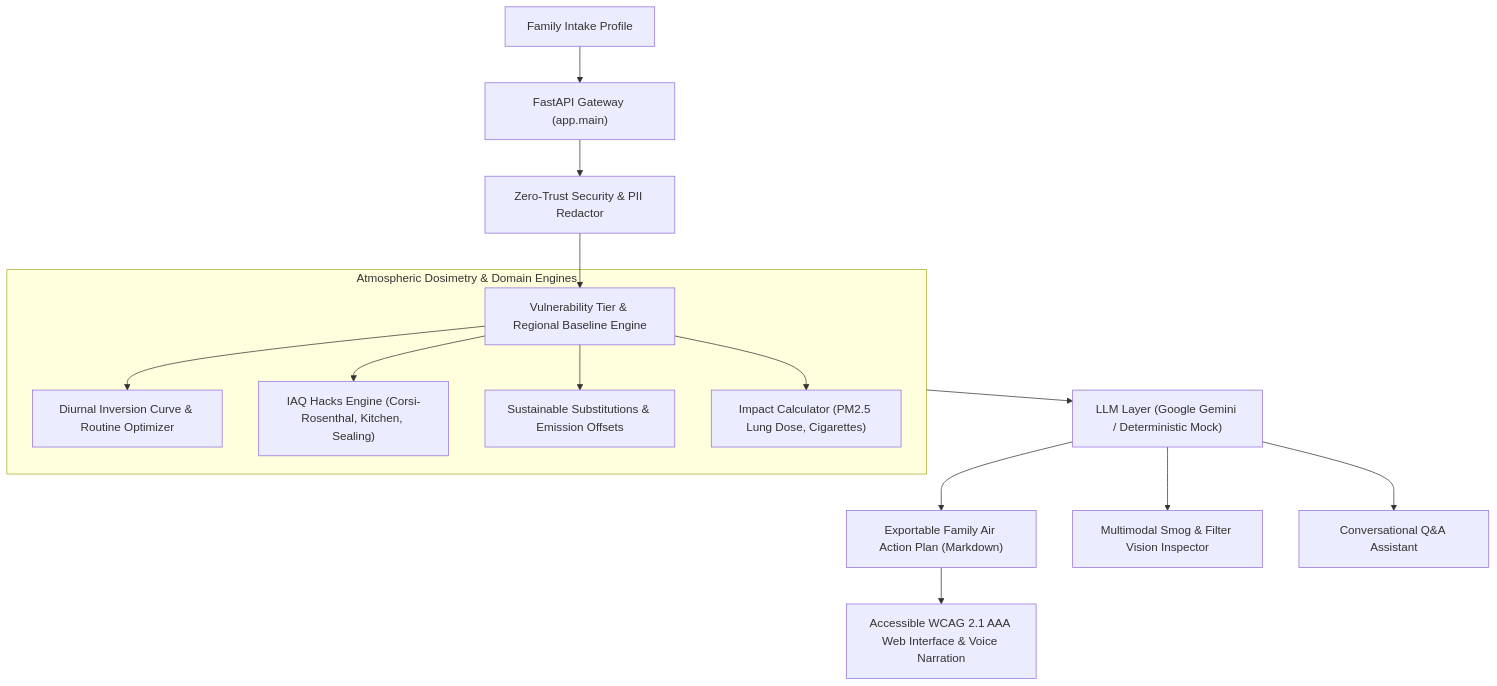
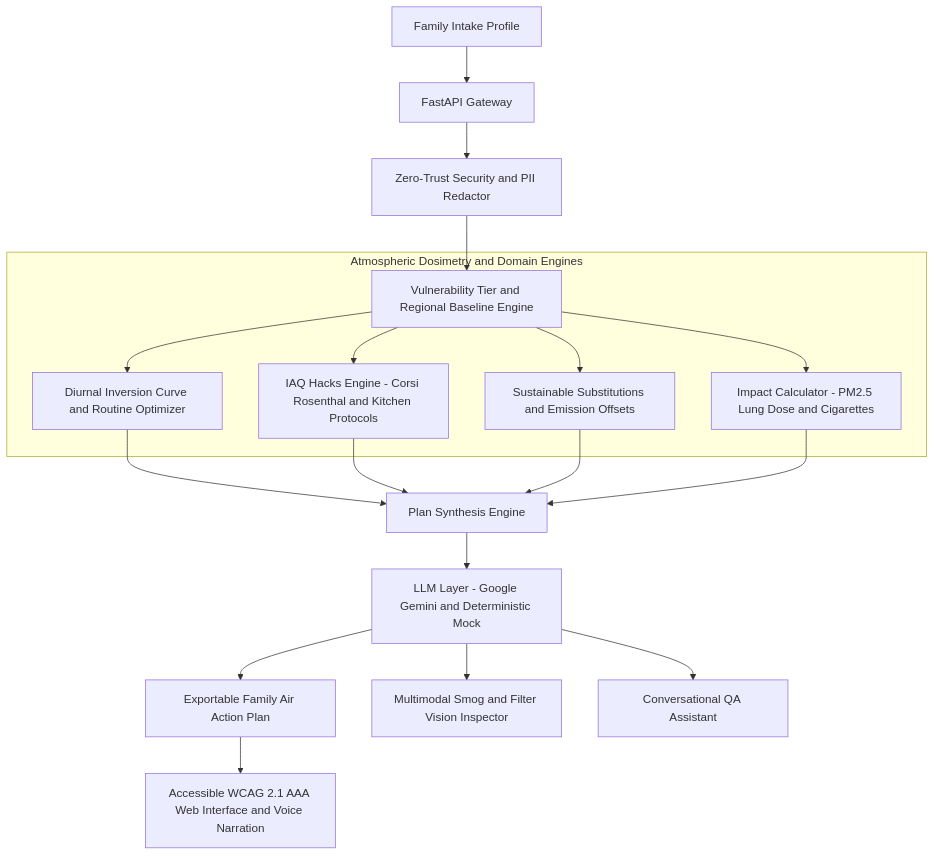
One commit to MSGitHub127/AeroSense changed the diagram in README.md. Above: the diagram before and after it, drawn with Mermaid.

Commit message:
docs: fix Mermaid diagram syntax to use node-to-node edges for GitHub renderer

````diff
--- a/README.md
+++ b/README.md
@@ -16,20 +16,25 @@
 ```mermaid
 flowchart TD
-    User["Family Intake Profile"] --> API["FastAPI Gateway (app.main)"]
-    API --> Security["Zero-Trust Security & PII Redactor"]
-    Security --> ProfileEngine["Vulnerability Tier & Regional Baseline Engine"]
+    User["Family Intake Profile"] --> API["FastAPI Gateway"]
+    API --> Security["Zero-Trust Security and PII Redactor"]
+    Security --> ProfileEngine["Vulnerability Tier and Regional Baseline Engine"]
     
-    subgraph CoreEngines["Atmospheric Dosimetry & Domain Engines"]
-        ProfileEngine --> Diurnal["Diurnal Inversion Curve & Routine Optimizer"]
-        ProfileEngine --> IAQ["IAQ Hacks Engine (Corsi-Rosenthal, Kitchen, Sealing)"]
-        ProfileEngine --> Alternatives["Sustainable Substitutions & Emission Offsets"]
-        ProfileEngine --> Dosimetry["Impact Calculator (PM2.5 Lung Dose, Cigarettes)"]
+    subgraph CoreEngines ["Atmospheric Dosimetry and Domain Engines"]
+        ProfileEngine --> Diurnal["Diurnal Inversion Curve and Routine Optimizer"]
+        ProfileEngine --> IAQ["IAQ Hacks Engine - Corsi Rosenthal and Kitchen Protocols"]
+        ProfileEngine --> Alternatives["Sustainable Substitutions and Emission Offsets"]
+        ProfileEngine --> Dosimetry["Impact Calculator - PM2.5 Lung Dose and Cigarettes"]
     end
 
-    CoreEngines --> LLMProvider["LLM Layer (Google Gemini / Deterministic Mock)"]
-    LLMProvider --> Dossier["Exportable Family Air Action Plan (Markdown)"]
-    LLMProvider --> Vision["Multimodal Smog & Filter Vision Inspector"]
-    LLMProvider --> Consult["Conversational Q&A Assistant"]
+    Diurnal --> Synthesis["Plan Synthesis Engine"]
+    IAQ --> Synthesis
+    Alternatives --> Synthesis
+    Dosimetry --> Synthesis
+
+    Synthesis --> LLMProvider["LLM Layer - Google Gemini and Deterministic Mock"]
+    LLMProvider --> Dossier["Exportable Family Air Action Plan"]
+    LLMProvider --> Vision["Multimodal Smog and Filter Vision Inspector"]
+    LLMProvider --> Consult["Conversational QA Assistant"]
     
-    Dossier --> UI["Accessible WCAG 2.1 AAA Web Interface & Voice Narration"]
+    Dossier --> UI["Accessible WCAG 2.1 AAA Web Interface and Voice Narration"]
 ```
````
